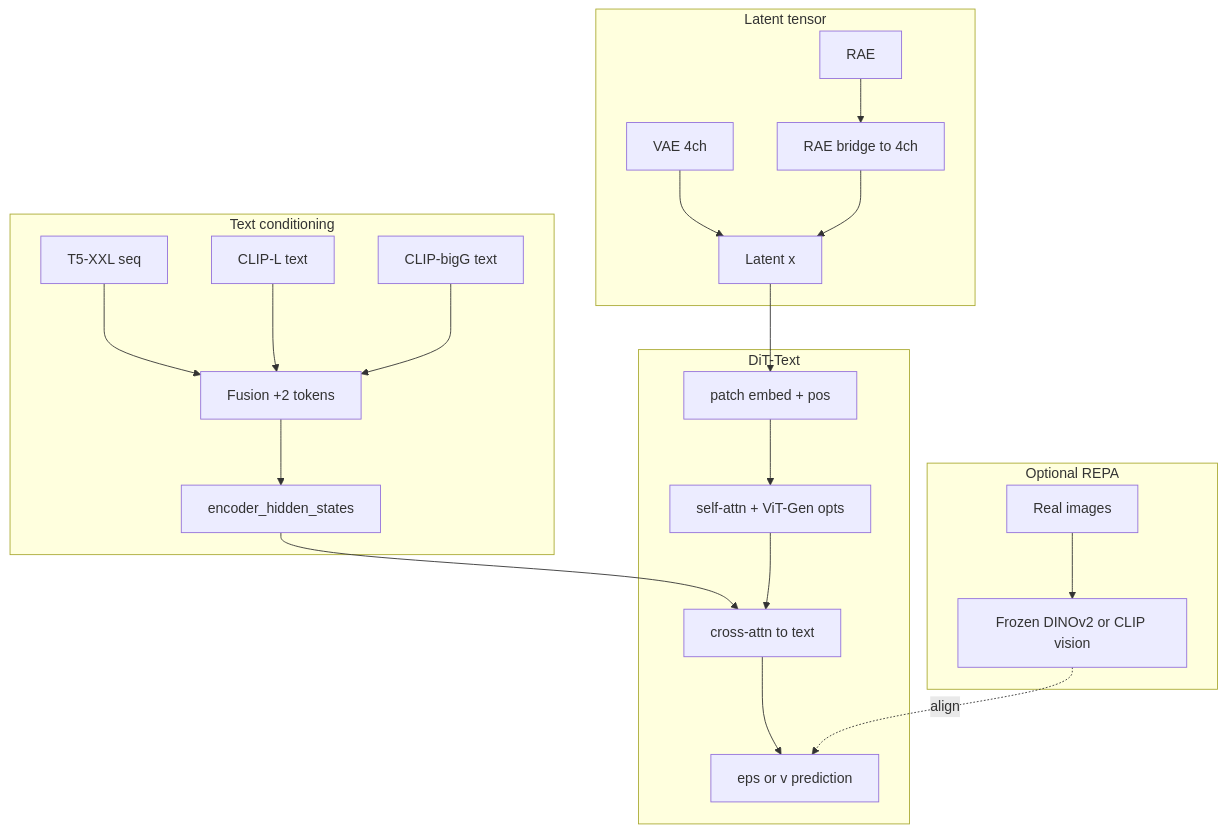
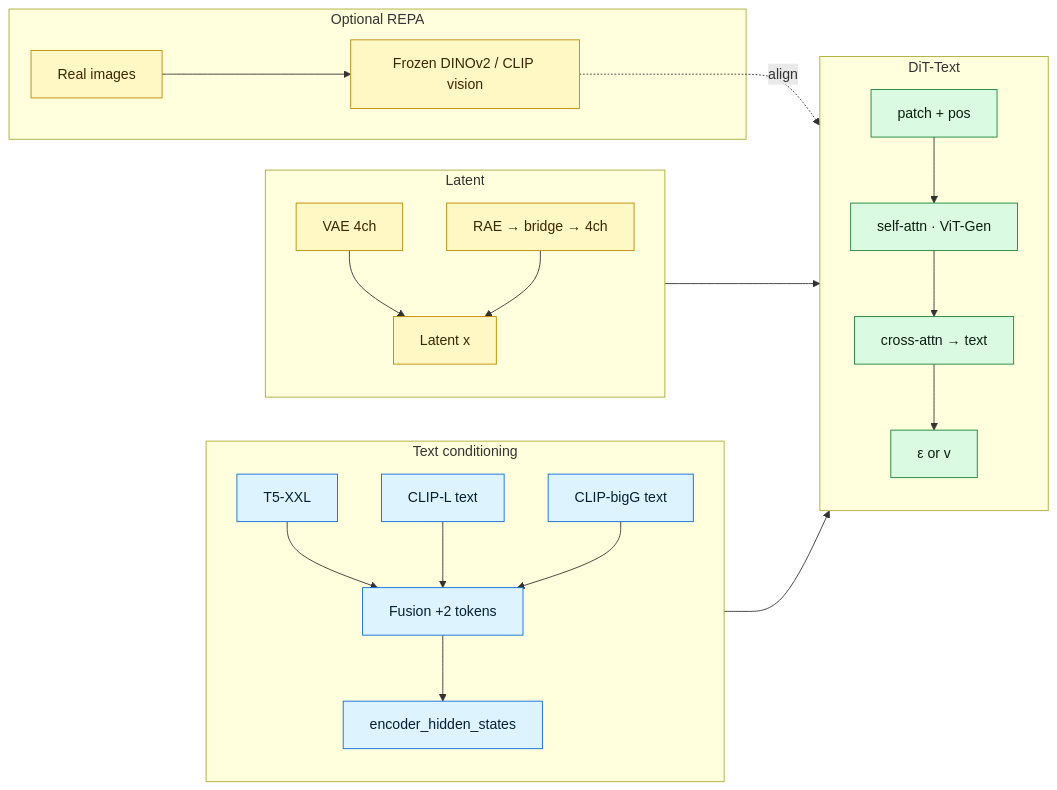
The second of 3 diagrams in README.md (Llunarstack/sdx), drawn with Mermaid before and after one commit. The commit also changed other lines of this file and 132 other files, not shown here.

````diff
--- a/README.md
+++ b/README.md
@@ -154,39 +180,44 @@
 ```mermaid
-flowchart TB
-  subgraph TextCond["Text conditioning"]
-    T5[T5-XXL seq]
-    C1[CLIP-L text]
-    C2[CLIP-bigG text]
-    FU[Fusion +2 tokens]
+flowchart LR
+  classDef t fill:#ddf4ff,stroke:#0969da,color:#042033
+  classDef l fill:#fff8c5,stroke:#bf8700,color:#3b2600
+  classDef d fill:#dafbe1,stroke:#1a7f37,color:#0d1f12
+
+  subgraph TX["Text conditioning"]
+    direction TB
+    T5[T5-XXL]:::t
+    C1[CLIP-L text]:::t
+    C2[CLIP-bigG text]:::t
+    FU[Fusion +2 tokens]:::t
+    TXT[encoder_hidden_states]:::t
     T5 --> FU
     C1 --> FU
     C2 --> FU
-    FU --> TXT[encoder_hidden_states]
+    FU --> TXT
   end
 
-  subgraph LatentIn["Latent tensor"]
-    VAE[VAE 4ch]
-    RAE2[RAE]
-    BR[RAE bridge to 4ch]
-    RAE2 --> BR
-    VAE --> LAT[Latent x]
-    BR --> LAT
+  subgraph LT["Latent"]
+    direction TB
+    VAE[VAE 4ch]:::l
+    RAE[RAE → bridge → 4ch]:::l
+    LAT[Latent x]:::l
+    VAE --> LAT
+    RAE --> LAT
   end
 
-  subgraph DiTCore["DiT-Text"]
-    LAT --> PE[patch embed + pos]
-    SA[self-attn + ViT-Gen opts]
-    CA[cross-attn to text]
-    PE --> SA
+  subgraph CORE["DiT-Text"]
+    direction TB
+    PE[patch + pos]:::d
+    SA[self-attn · ViT-Gen]:::d
+    CA[cross-attn → text]:::d
+    OUT[ε or v]:::d
+    LAT --> PE --> SA --> CA --> OUT
     TXT --> CA
-    SA --> CA
-    CA --> OUT[eps or v prediction]
   end
 
-  subgraph Aux["Optional REPA"]
-    IMG[Real images]
-    VIS[Frozen DINOv2 or CLIP vision]
-    IMG --> VIS
-    VIS -.->|align| OUT
+  subgraph RP["Optional REPA"]
+    IM[Real images]:::l
+    VS[Frozen DINOv2 / CLIP vision]:::l
+    IM --> VS -.->|align| OUT
   end
 ```
````
